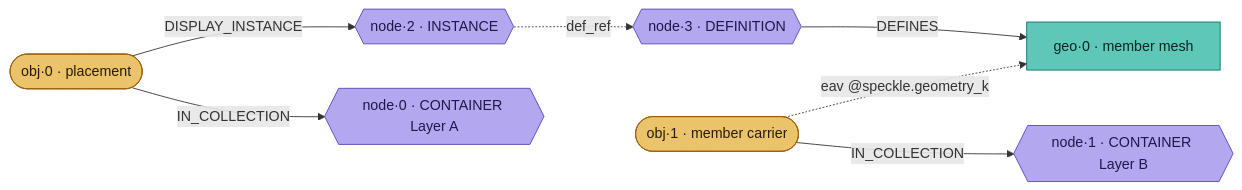
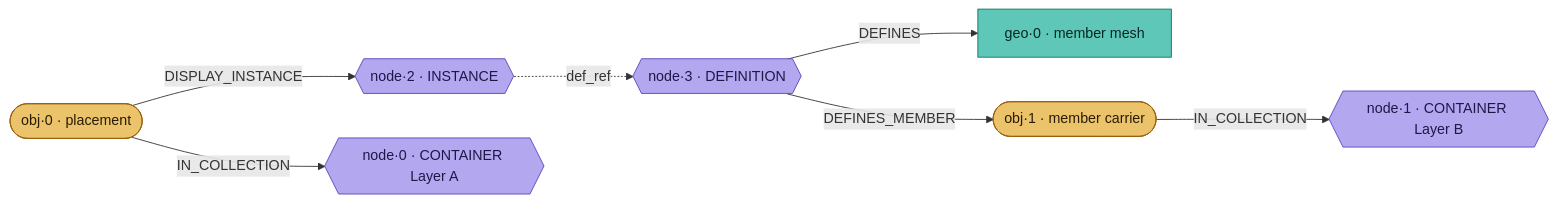
One commit to specklesystems/speckle-sharp-connectors changed the tenth of 10 diagrams in docs/artifact-object-model.md. Above: the diagram before and after it, drawn with Mermaid. The commit also changed other lines of this file and 2 other files, not shown here.

First line of the commit message:
fix(rhino): stop emitting definition-member eav stamps on vocab builds

````diff
--- a/docs/artifact-object-model.md
+++ b/docs/artifact-object-model.md
@@ -219,19 +219,19 @@
 ```mermaid
 graph LR
   R([obj·0 · placement]):::obj
   INST{{node·2 · INSTANCE}}:::nd
   DEF{{node·3 · DEFINITION}}:::nd
   GA[geo·0 · member mesh]:::geo
   M([obj·1 · member carrier]):::obj
   LA{{node·0 · CONTAINER Layer A}}:::nd
   LB{{node·1 · CONTAINER Layer B}}:::nd
   R -->|DISPLAY_INSTANCE| INST
   INST -.->|def_ref| DEF
   DEF -->|DEFINES| GA
   R -->|IN_COLLECTION| LA
   M -->|IN_COLLECTION| LB
-  M -.->|"eav @speckle.geometry_k"| GA
+  DEF -->|DEFINES_MEMBER| M
   classDef obj fill:#eac36a,stroke:#9a5f0c,color:#2a1c04;
   classDef geo fill:#5fc7b8,stroke:#0a7369,color:#052723;
   classDef nd fill:#b3a8f0,stroke:#5647bd,color:#211648;
 ```
````
